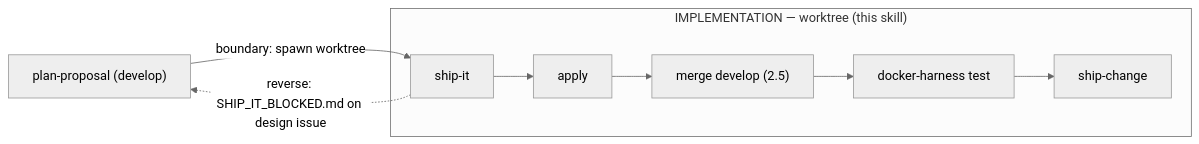
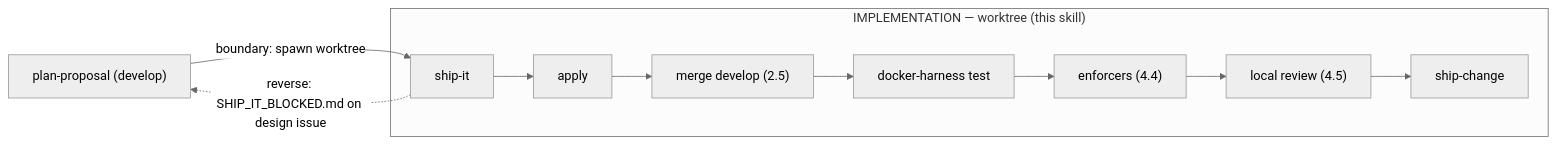
One commit to BlackBeltTechnology/pi-agent-dashboard changed the diagram in .pi/skills/ship-it/SKILL.md. Above: the diagram before and after it, drawn with Mermaid (neutral theme). The commit also changed other lines of this file and 2 other files, not shown here.

````diff
--- a/.pi/skills/ship-it/SKILL.md
+++ b/.pi/skills/ship-it/SKILL.md
@@ -16,8 +16,8 @@
 ```mermaid
 flowchart LR
   P["plan-proposal (develop)"] -->|"boundary: spawn worktree"| S
   subgraph Worktree ["IMPLEMENTATION — worktree (this skill)"]
-    S["ship-it"] --> A["apply"] --> M["merge develop (2.5)"] --> T["docker-harness test"] --> C["ship-change"]
+    S["ship-it"] --> A["apply"] --> M["merge develop (2.5)"] --> T["docker-harness test"] --> E["enforcers (4.4)"] --> R["local review (4.5)"] --> C["ship-change"]
   end
   S -.->|"reverse: SHIP_IT_BLOCKED.md on design issue"| P
 ```
````
